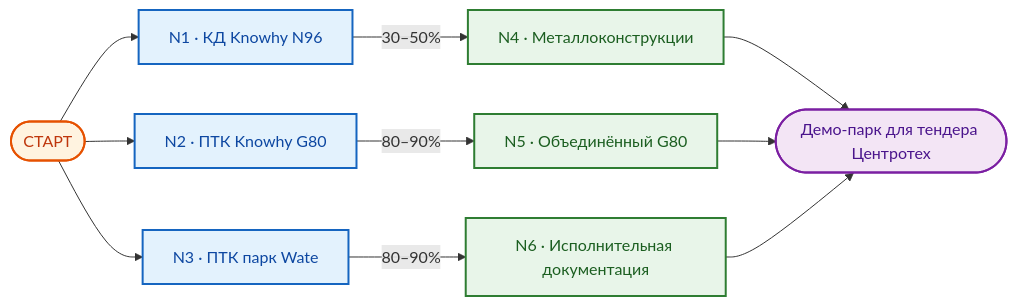
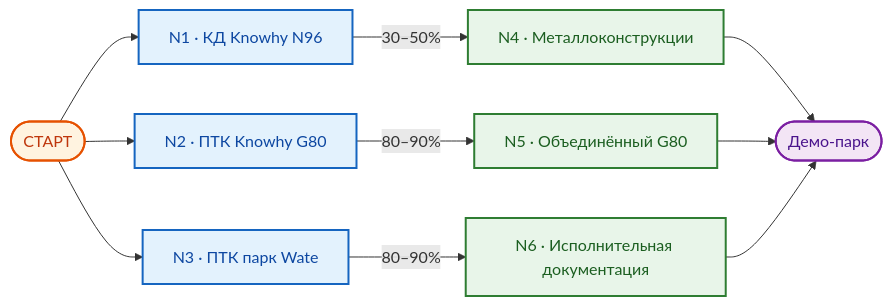
One commit to Konkery/Project-8_2026-N0-HORIZON changed the second of 3 diagrams in 04__Договор/pre-contract-negotiations.md. Above: the diagram before and after it, drawn with Mermaid. The commit also changed other lines of this file and 2 other files, not shown here.

````diff
--- a/04__Договор/pre-contract-negotiations.md
+++ b/04__Договор/pre-contract-negotiations.md
@@ -369,17 +372,17 @@
 ```mermaid
 flowchart LR
     classDef storage fill:#E3F2FD,stroke:#1565C0,stroke-width:2px,color:#0D47A1;
     classDef engine  fill:#FFF3E0,stroke:#E65100,stroke-width:2px,color:#BF360C;
     classDef lib     fill:#E8F5E9,stroke:#2E7D32,stroke-width:2px,color:#1B5E20;
     classDef output  fill:#F3E5F5,stroke:#7B1FA2,stroke-width:2px,color:#4A148C;
 
     S([СТАРТ]):::engine --> N1[N1 · КД Knowhy N96]:::storage
     S --> N2[N2 · ПТК Knowhy G80]:::storage
     S --> N3[N3 · ПТК парк Wate]:::storage
     N1 -- 30–50% --> N4[N4 · Металлоконструкции]:::lib
     N2 -- 80–90% --> N5[N5 · Объединённый G80]:::lib
     N3 -- 80–90% --> N6[N6 · Исполнительная документация]:::lib
-    N4 --> DEMO([Демо-парк для тендера Центротех]):::output
+    N4 --> DEMO([Демо-парк]):::output
     N5 --> DEMO
     N6 --> DEMO
 ```
````
